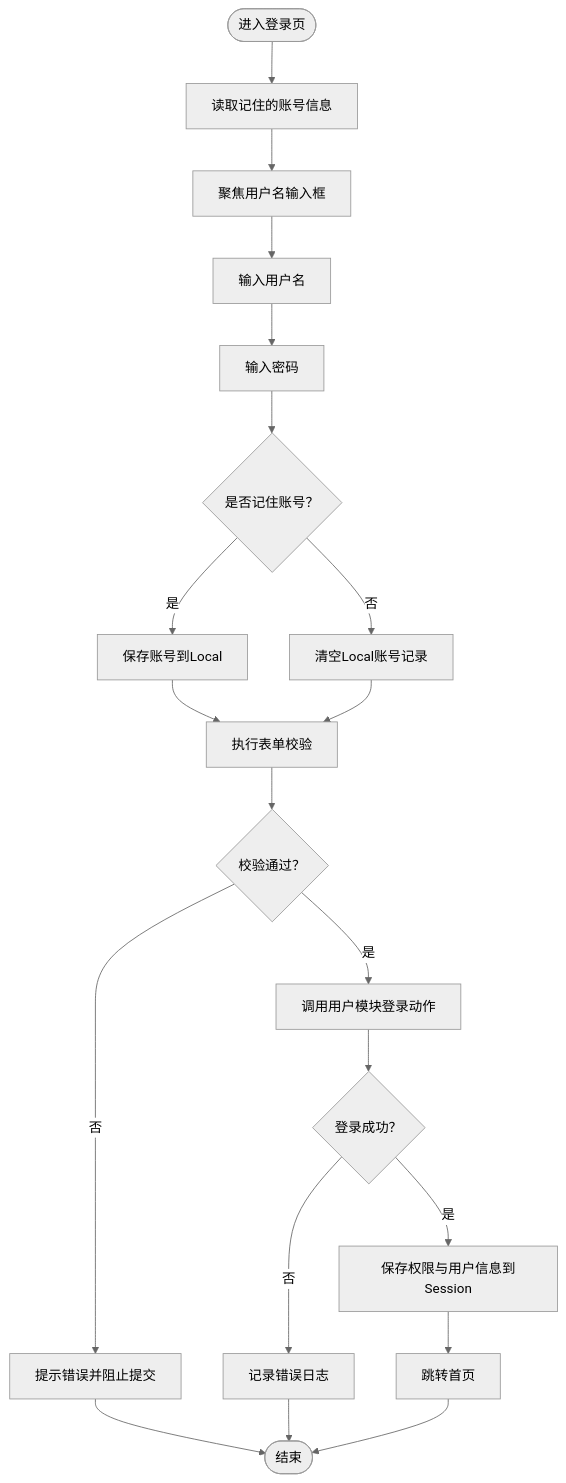
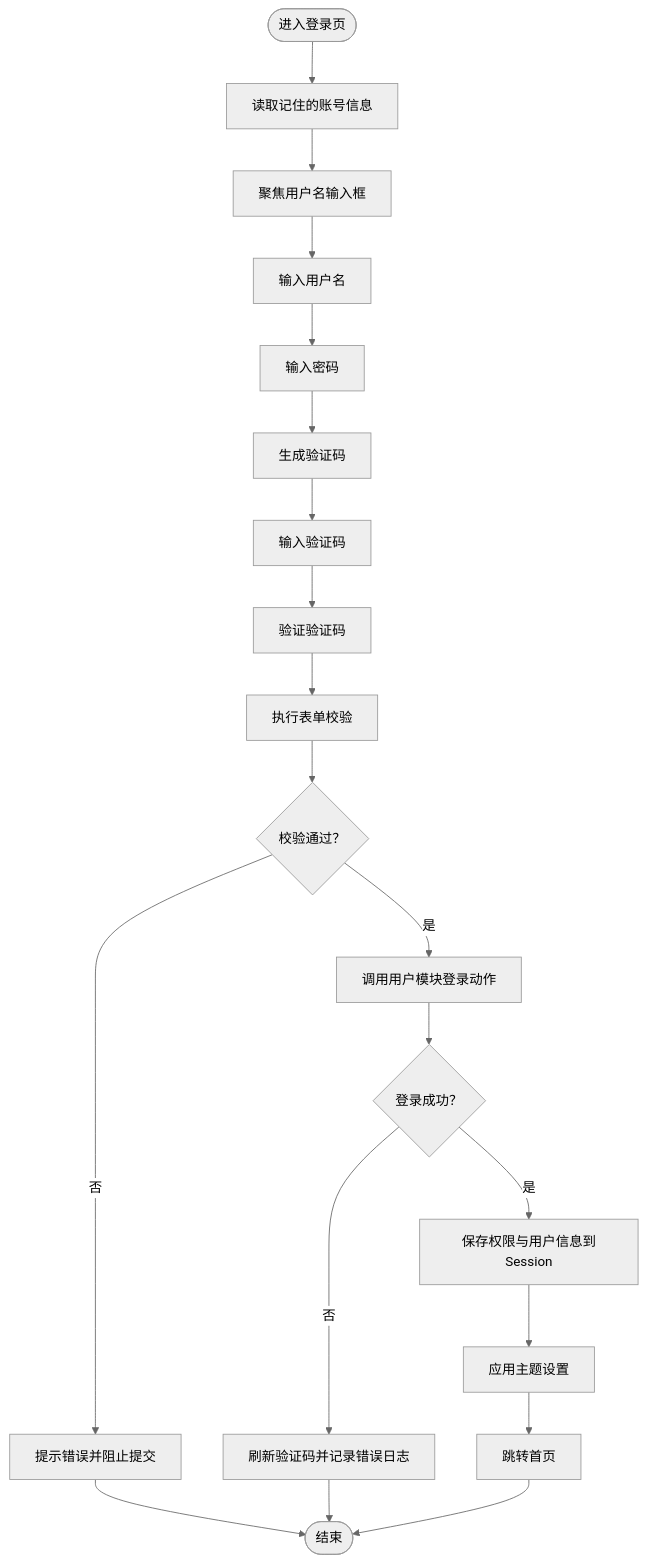
Before and after one commit to Neveryu/vue-cms: the third of 11 diagrams in .qoder/repowiki/zh/content/核心功能/用户认证与权限管理.md, drawn with Mermaid (neutral theme). The commit also changed other lines of this file and 25 other files, not shown here.

````diff
--- a/.qoder/repowiki/zh/content/核心功能/用户认证与权限管理.md
+++ b/.qoder/repowiki/zh/content/核心功能/用户认证与权限管理.md
@@ -199,22 +267,22 @@
 ```mermaid
 flowchart TD
 Start(["进入登录页"]) --> LoadSaved["读取记住的账号信息"]
 LoadSaved --> FocusUser["聚焦用户名输入框"]
 FocusUser --> InputUser["输入用户名"]
 InputUser --> InputPwd["输入密码"]
-InputPwd --> Remember{"是否记住账号？"}
-Remember --> |是| SaveLocal["保存账号到Local"]
-Remember --> |否| NoSave["清空Local账号记录"]
-SaveLocal --> Validate["执行表单校验"]
-NoSave --> Validate
+InputPwd --> GenerateCaptcha["生成验证码"]
+GenerateCaptcha --> InputCaptcha["输入验证码"]
+InputCaptcha --> ValidateCaptcha["验证验证码"]
+ValidateCaptcha --> Validate["执行表单校验"]
 Validate --> Valid{"校验通过？"}
 Valid --> |否| ShowError["提示错误并阻止提交"]
 Valid --> |是| CallLogin["调用用户模块登录动作"]
 CallLogin --> Success{"登录成功？"}
-Success --> |否| LogError["记录错误日志"]
+Success --> |否| RefreshCaptcha["刷新验证码并记录错误日志"]
 Success --> |是| SaveSession["保存权限与用户信息到Session"]
-SaveSession --> Redirect["跳转首页"]
+SaveSession --> ToggleTheme["应用主题设置"]
+ToggleTheme --> Redirect["跳转首页"]
 Redirect --> End(["结束"])
 ShowError --> End
-LogError --> End
+RefreshCaptcha --> End
 ```
````
